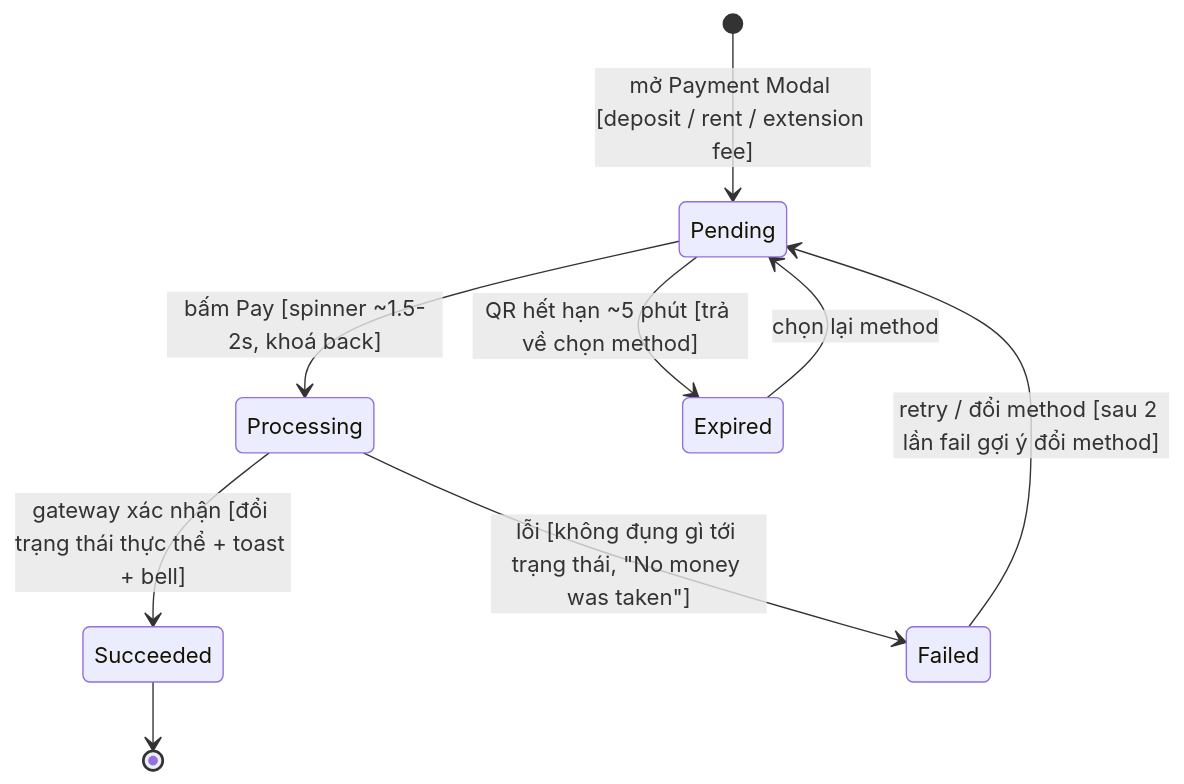
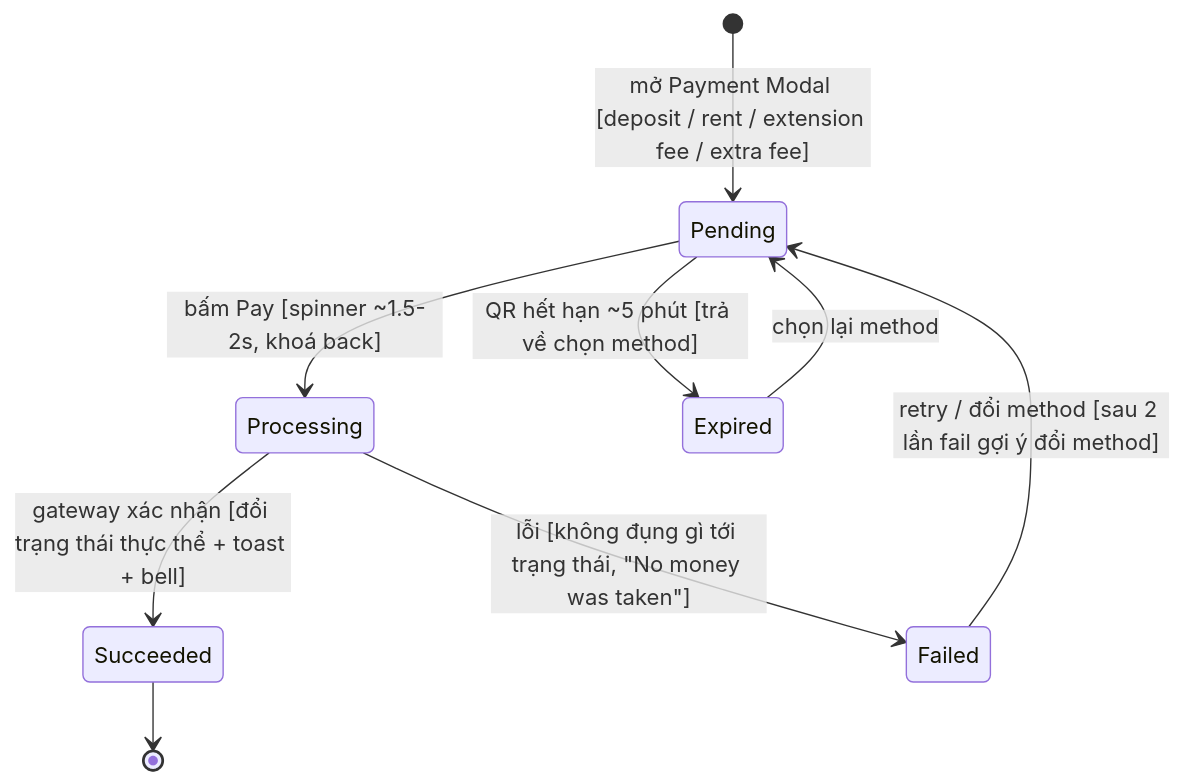
The diagram in ERD_Statechart_LaTeX/mermaid/state-payment.mmd (bechovang/bmad-swp), drawn with Mermaid before and after one commit. The commit also changed 19 other files, not shown here.

```diff
--- a/ERD_Statechart_LaTeX/mermaid/state-payment.mmd
+++ b/ERD_Statechart_LaTeX/mermaid/state-payment.mmd
@@ -1,13 +1,14 @@
-%% StorageHub — State chart: vòng đời Payment (mock gateway, 3 touchpoint)
+%% StorageHub — State chart: vòng đời Payment (mock gateway, 4 touchpoint)
+%% V3 2026-09-18: thêm touchpoint thứ 4 — extra fee khi Settlement Charge vượt deposit
 stateDiagram-v2
-    [*] --> Pending : mở Payment Modal [deposit / rent / extension fee]
+    [*] --> Pending : mở Payment Modal [deposit / rent / extension fee / extra fee]
 
     Pending --> Processing : bấm Pay [spinner ~1.5-2s, khoá back]
     Processing --> Succeeded : gateway xác nhận [đổi trạng thái thực thể + toast + bell]
     Processing --> Failed : lỗi [không đụng gì tới trạng thái, "No money was taken"]
 
     Failed --> Pending : retry / đổi method [sau 2 lần fail gợi ý đổi method]
     Pending --> Expired : QR hết hạn ~5 phút [trả về chọn method]
 
     Succeeded --> [*]
     Expired --> Pending : chọn lại method
```
